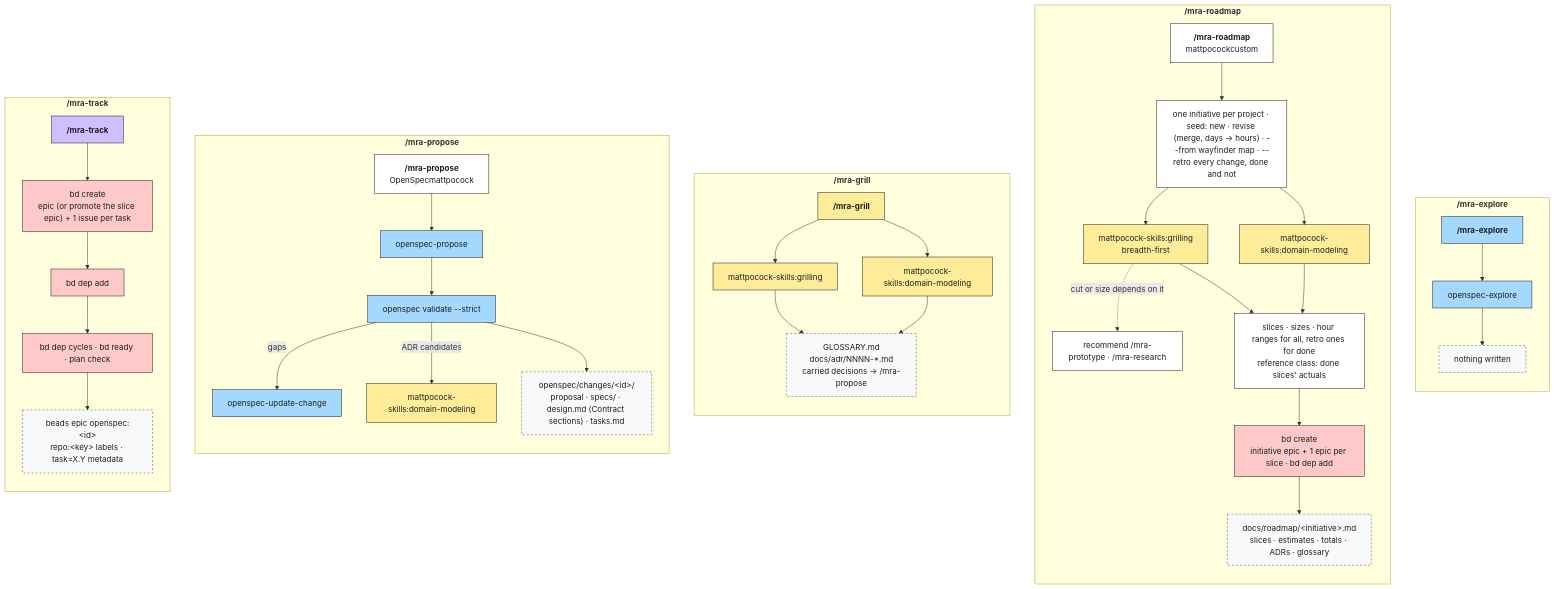
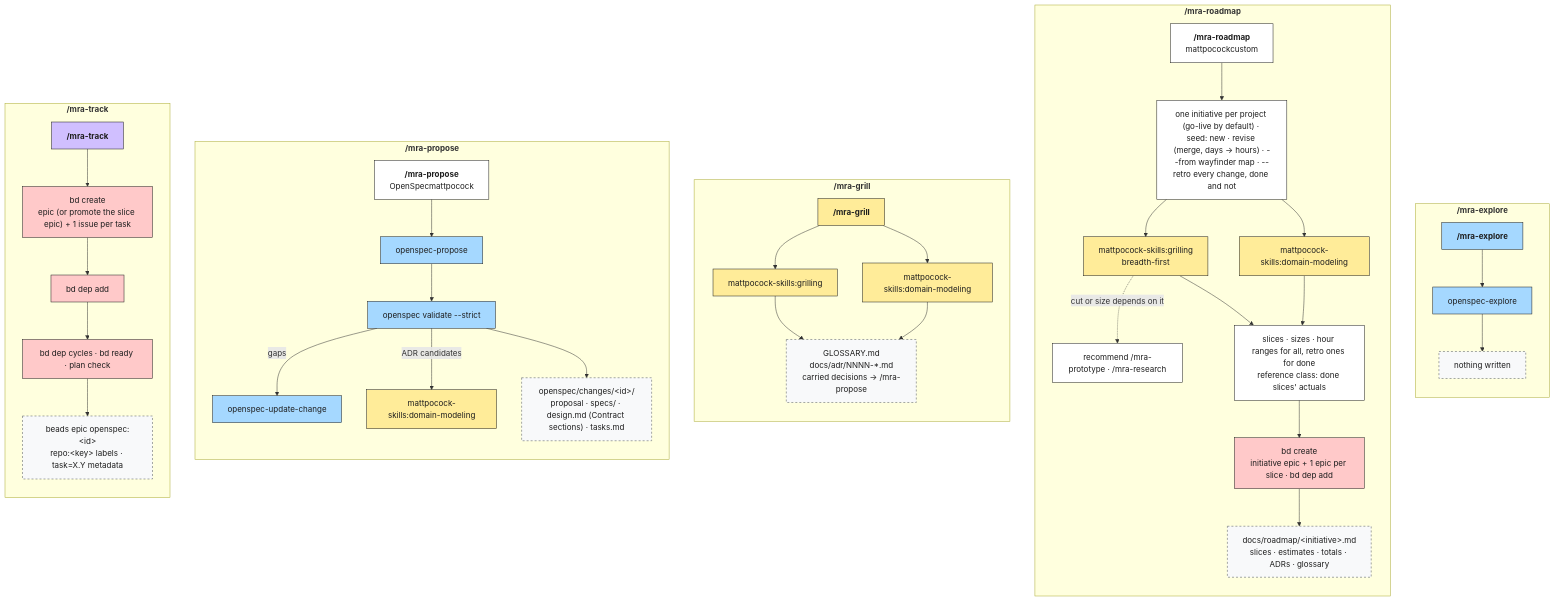
One commit to Ancora-Ancora/mra-flow changed the second of 5 diagrams in payload/orchestrator/.mra-flow/docs/mra-flow.md. Above: the diagram before and after it, drawn with Mermaid. The commit also changed other lines of this file and 13 other files, not shown here.

First line of the commit message:
Name the one initiative go-live by default, or as typed on /mra-roadmap

````diff
--- a/payload/orchestrator/.mra-flow/docs/mra-flow.md
+++ b/payload/orchestrator/.mra-flow/docs/mra-flow.md
@@ -101,53 +101,53 @@
 ```mermaid
 %%{init: {"themeCSS": ".t{font-size:1.25em;font-weight:700} .bos,.bsp,.bmp,.bcu{padding:2px 6px} .bos{background:#a5d8ff} .bsp{background:#b2f2bb} .bmp{background:#ffec99} .bcu{background:#d0bfff}"}}%%
 flowchart TB
     classDef phase fill:#d0bfff,stroke:#1e1e1e,color:#1e1e1e
     classDef oswrap fill:#a5d8ff,stroke:#1e1e1e,color:#1e1e1e
     classDef striped fill:#ffffff,stroke:#1e1e1e,color:#1e1e1e
     classDef stripedopt fill:#ffffff,stroke:#1e1e1e,stroke-dasharray:5 5,color:#1e1e1e
     classDef spwrap fill:#b2f2bb,stroke:#1e1e1e,color:#1e1e1e
     classDef mpwrap fill:#ffec99,stroke:#1e1e1e,color:#1e1e1e
     classDef sp fill:#b2f2bb,stroke:#1e1e1e,color:#1e1e1e
     classDef mp fill:#ffec99,stroke:#1e1e1e,color:#1e1e1e
     classDef os fill:#a5d8ff,stroke:#1e1e1e,color:#1e1e1e
     classDef bd fill:#ffc9c9,stroke:#1e1e1e,color:#1e1e1e
     classDef art fill:#f8f9fa,stroke:#495057,stroke-dasharray:4 4,color:#1e1e1e
     classDef step fill:#ffffff,stroke:#1e1e1e,color:#1e1e1e
 
     subgraph EX["<b class='t'>/mra-explore</b>"]
         direction TB
         ex["<b class='t'>/mra-explore</b>"]:::oswrap --> ex1["openspec-explore"]:::os
         ex1 --> exA["nothing written"]:::art
     end
     subgraph RM["<b class='t'>/mra-roadmap</b>"]
         direction TB
-        rm["<b class='t'>/mra-roadmap</b><br/><span class='bmp'>mattpocock</span><span class='bcu'>custom</span>"]:::striped --> rm0["one initiative per project · seed: new · revise (merge, days → hours) · --from wayfinder map · --retro every change, done and not"]:::step
+        rm["<b class='t'>/mra-roadmap</b><br/><span class='bmp'>mattpocock</span><span class='bcu'>custom</span>"]:::striped --> rm0["one initiative per project (go-live by default) · seed: new · revise (merge, days → hours) · --from wayfinder map · --retro every change, done and not"]:::step
         rm0 --> rm1["mattpocock-skills:grilling<br/>breadth-first"]:::mp
         rm0 --> rm2["mattpocock-skills:domain-modeling"]:::mp
         rm1 -. "cut or size depends on it" .-> rm5["recommend /mra-prototype · /mra-research"]:::step
         rm1 & rm2 --> rm3["slices · sizes · hour ranges for all, retro ones for done<br/>reference class: done slices' actuals"]:::step
         rm3 --> rm4["bd create<br/>initiative epic + 1 epic per slice · bd dep add"]:::bd
         rm4 --> rmA["docs/roadmap/#lt;initiative#gt;.md<br/>slices · estimates · totals · ADRs · glossary"]:::art
     end
     subgraph GR["<b class='t'>/mra-grill</b>"]
         direction TB
         gr["<b class='t'>/mra-grill</b>"]:::mpwrap --> gr1["mattpocock-skills:grilling"]:::mp
         gr --> gr2["mattpocock-skills:domain-modeling"]:::mp
         gr1 & gr2 --> grA["GLOSSARY.md<br/>docs/adr/NNNN-*.md<br/>carried decisions → /mra-propose"]:::art
     end
     subgraph PR["<b class='t'>/mra-propose</b>"]
         direction TB
         pr["<b class='t'>/mra-propose</b><br/><span class='bos'>OpenSpec</span><span class='bmp'>mattpocock</span>"]:::striped --> pr1["openspec-propose"]:::os
         pr1 --> pr2["openspec validate --strict"]:::os
         pr2 -- gaps --> pr3["openspec-update-change"]:::os
         pr2 -- ADR candidates --> pr4["mattpocock-skills:domain-modeling"]:::mp
         pr2 --> prA["openspec/changes/#lt;id#gt;/<br/>proposal · specs/ · design.md (Contract sections) · tasks.md"]:::art
     end
     subgraph TR["<b class='t'>/mra-track</b>"]
         direction TB
         tr["<b class='t'>/mra-track</b>"]:::phase --> tr1["bd create<br/>epic (or promote the slice epic) + 1 issue per task"]:::bd
         tr1 --> tr2["bd dep add"]:::bd
         tr2 --> tr3["bd dep cycles · bd ready · plan check"]:::bd
         tr3 --> trA["beads epic openspec:#lt;id#gt;<br/>repo:#lt;key#gt; labels · task=X.Y metadata"]:::art
     end
 ```
````
